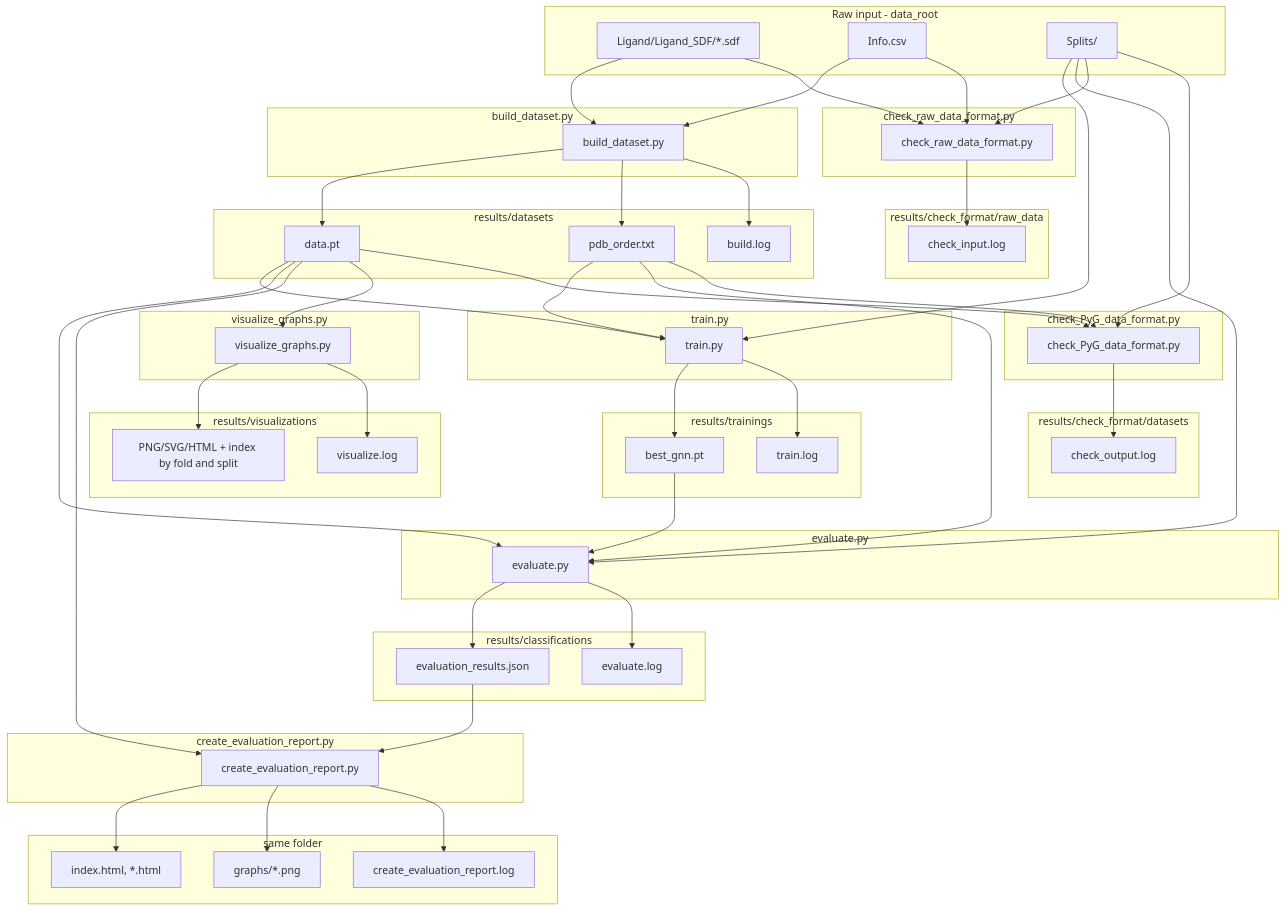
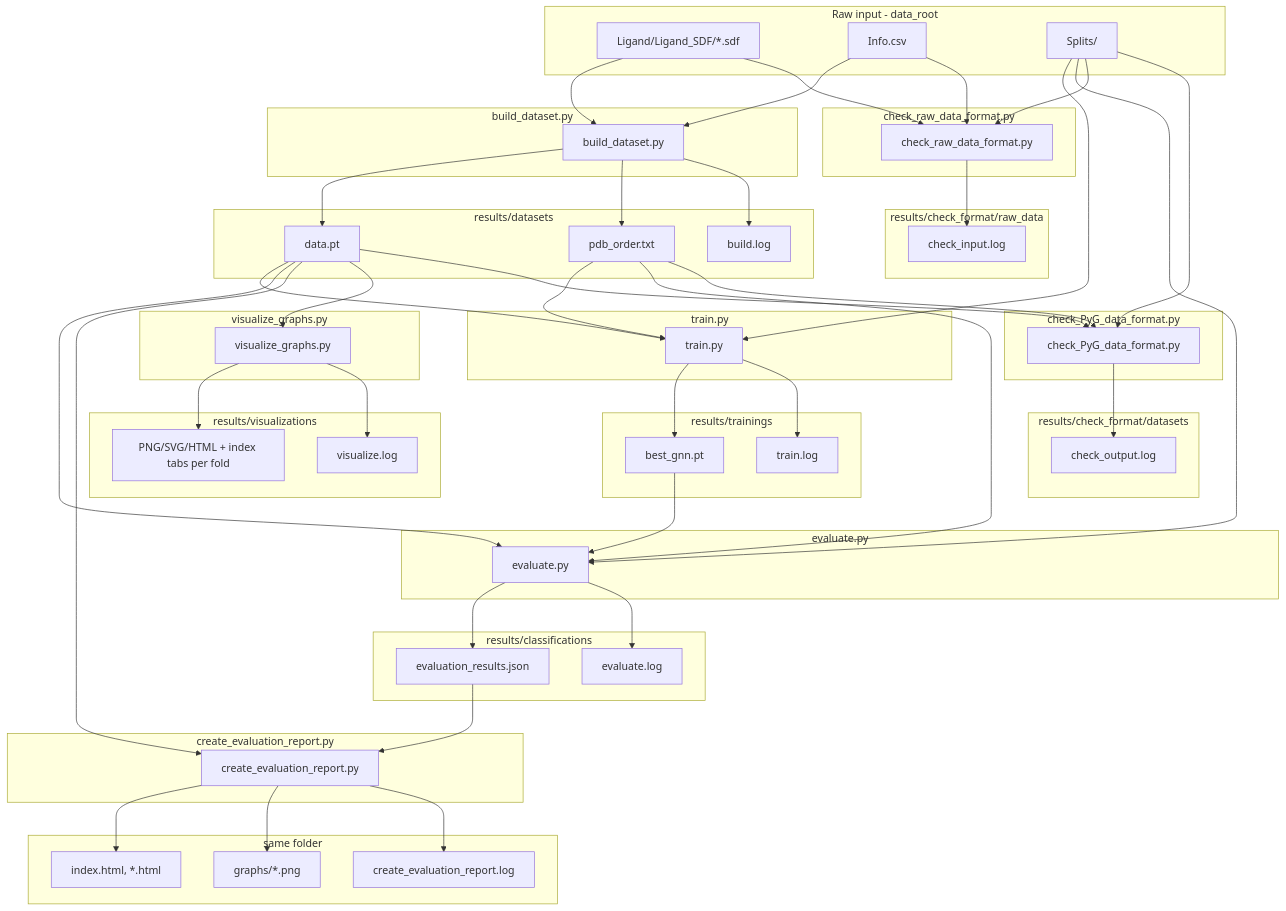
Before and after one commit to mananoreboton/mrpov3_gine_explainers: the first of 2 diagrams in mprov3_gine/README.md, drawn with Mermaid. The commit also changed other lines of this file and 1 other file, not shown here.

```diff
--- a/mprov3_gine/README.md
+++ b/mprov3_gine/README.md
@@ -63,7 +63,7 @@
     end
 
     subgraph out_viz [results/visualizations]
-        VizPNG[PNG/SVG/HTML + index by fold and split]
+        VizPNG[PNG/SVG/HTML + index tabs per fold]
         VizLog[visualize.log]
     end
 
```
